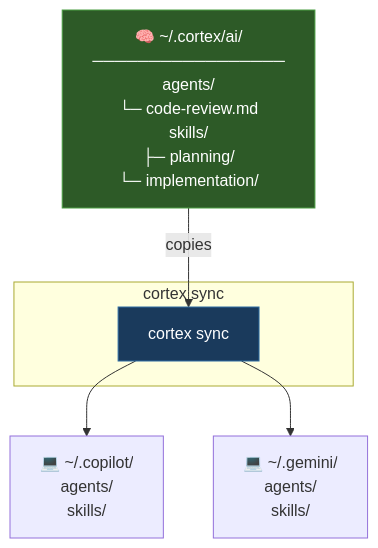
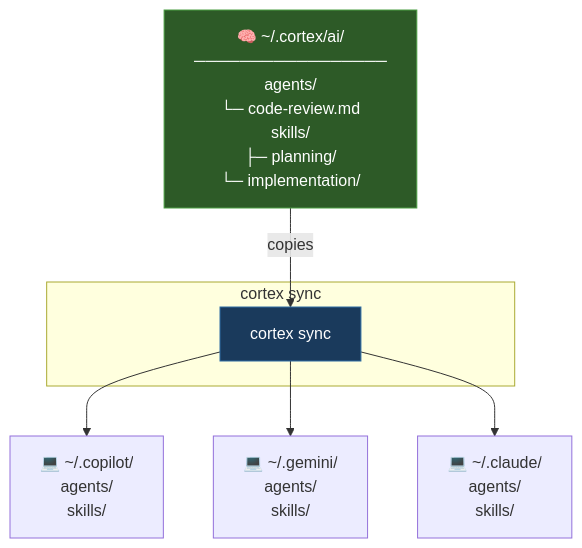
Before and after one commit to IgnacioCastro0713/cortex: the diagram in README.md, drawn with Mermaid. The commit also changed other lines of this file and 15 other files, not shown here.

````diff
--- a/README.md
+++ b/README.md
@@ -104,27 +104,31 @@
 ```mermaid
 graph TB
     Source["🧠 ~/.cortex/ai/
     ─────────────────
     agents/
       └─ code-review.md
     skills/
       ├─ planning/
       └─ implementation/"]
 
     subgraph cortex sync
         CMD["cortex sync"]
     end
 
     Source -->|copies| CMD
 
     CMD --> PA["💻 ~/.copilot/
       agents/
       skills/"]
 
     CMD --> PB["💻 ~/.gemini/
       agents/
       skills/"]
 
+    CMD --> PC["💻 ~/.claude/
+      agents/
+      skills/"]
+
     style Source fill:#2d5a27,color:#fff,stroke:#4a9e42
     style CMD fill:#1a3a5c,color:#fff,stroke:#2e6da4
 ```
````
